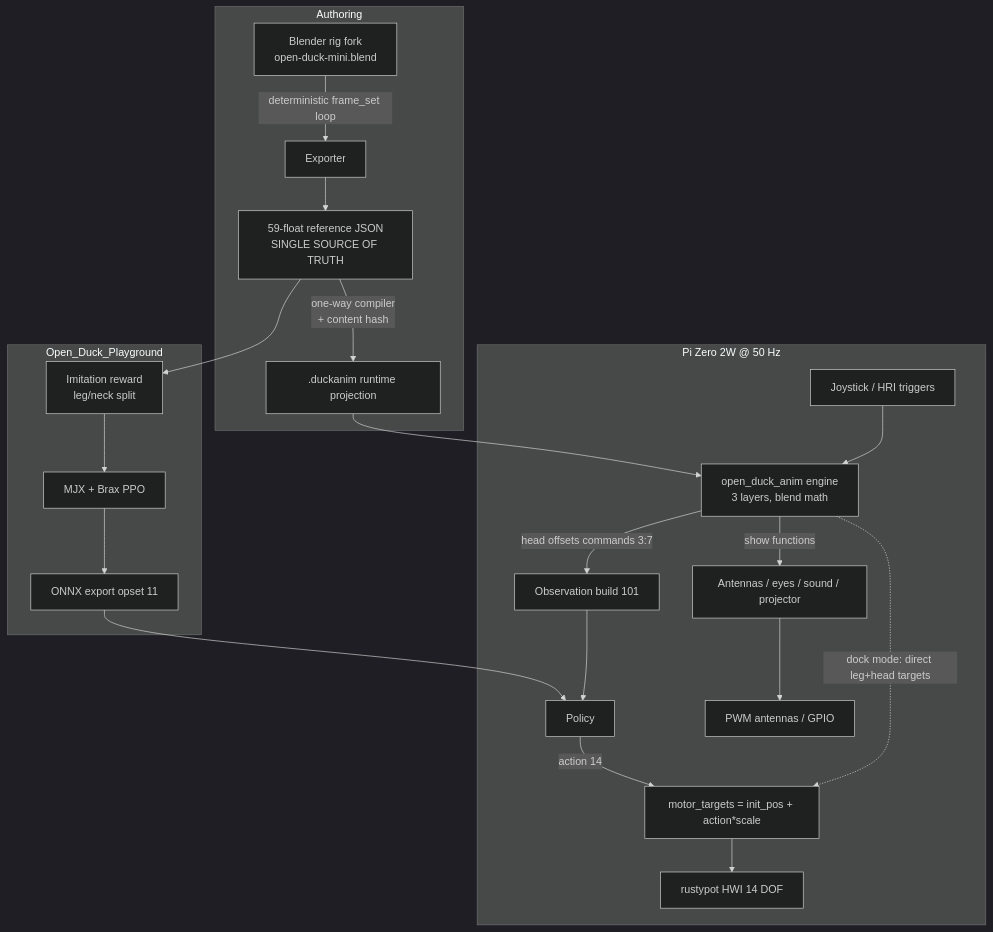
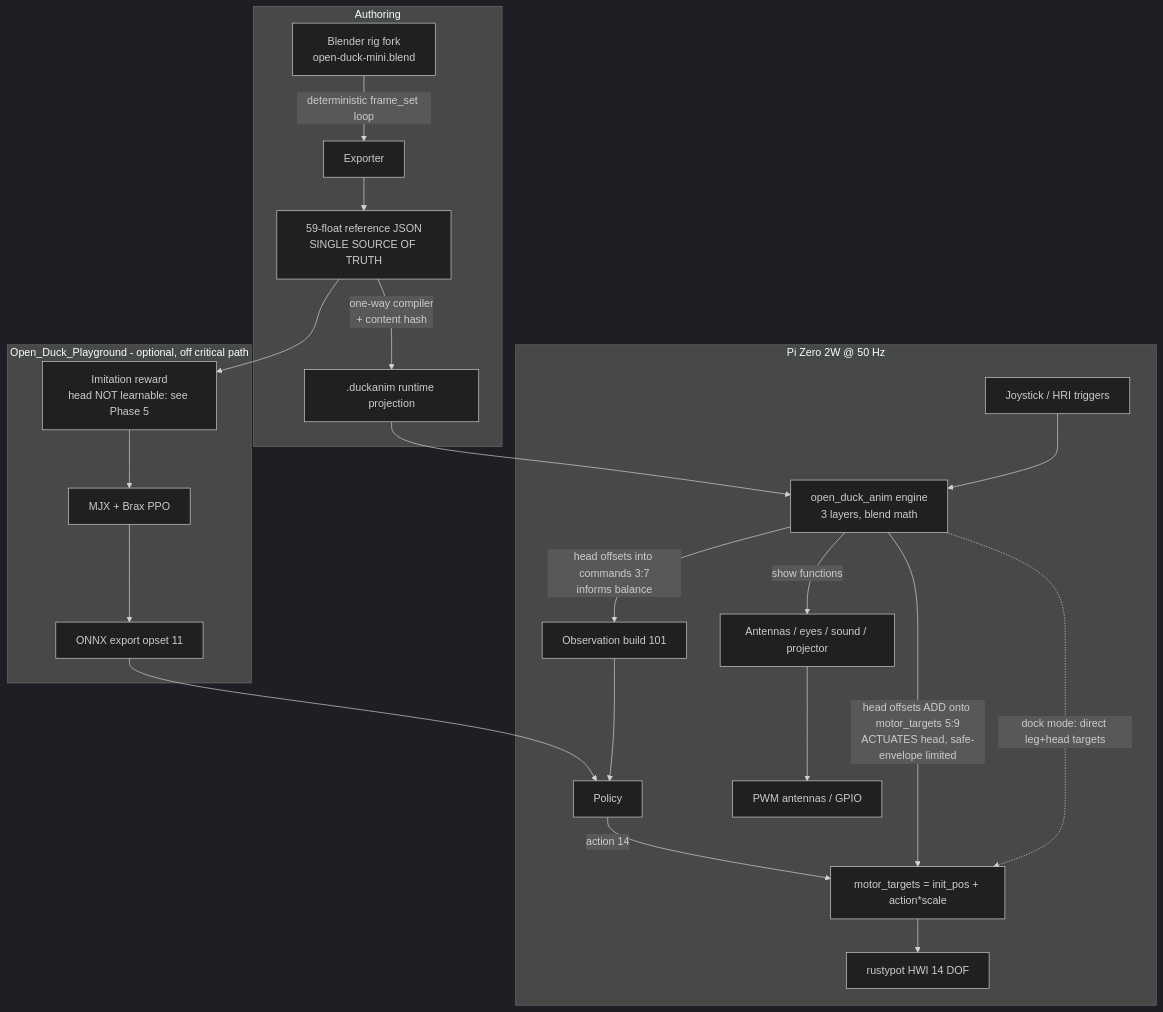
One commit to Clancey/Open_Duck_Mini changed the first of 2 diagrams in docs/animation_system_plan.md. Above: the diagram before and after it, drawn with Mermaid (dark theme). The commit also changed other lines of this file, not shown here.

First line of the commit message:
docs: correct the head-control architecture after two failed retrains

````diff
--- a/docs/animation_system_plan.md
+++ b/docs/animation_system_plan.md
@@ -152,27 +156,28 @@
 ```mermaid
 flowchart TD
     subgraph Authoring
       BL[Blender rig fork<br/>open-duck-mini.blend] -->|deterministic frame_set loop| REC[Exporter]
       REC --> REF[59-float reference JSON<br/>SINGLE SOURCE OF TRUTH]
       REF -->|one-way compiler<br/>+ content hash| DUCK[.duckanim runtime projection]
     end
 
-    subgraph Training[Open_Duck_Playground]
-      REF --> IMIT[Imitation reward<br/>leg/neck split]
+    subgraph Training[Open_Duck_Playground - optional, off critical path]
+      REF --> IMIT[Imitation reward<br/>head NOT learnable: see Phase 5]
       IMIT --> PPO[MJX + Brax PPO]
       PPO --> ONNX[ONNX export opset 11]
     end
 
     subgraph Runtime[Pi Zero 2W @ 50 Hz]
       DUCK --> ENG[open_duck_anim engine<br/>3 layers, blend math]
       JOY[Joystick / HRI triggers] --> ENG
-      ENG -->|head offsets commands 3:7| OBS[Observation build 101]
+      ENG -->|head offsets into commands 3:7<br/>informs balance| OBS[Observation build 101]
       ONNX --> POL[Policy]
       OBS --> POL
       POL -->|action 14| TGT[motor_targets = init_pos + action*scale]
+      ENG -->|head offsets ADD onto motor_targets 5:9<br/>ACTUATES head, safe-envelope limited| TGT
       ENG -->|show functions| SHOW[Antennas / eyes / sound / projector]
       ENG -.dock mode: direct leg+head targets.-> TGT
       TGT --> HWI[rustypot HWI 14 DOF]
       SHOW --> PWM[PWM antennas / GPIO]
     end
 ```
````
